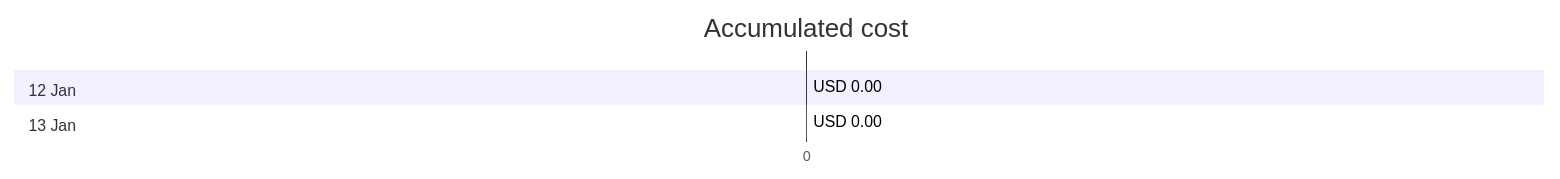
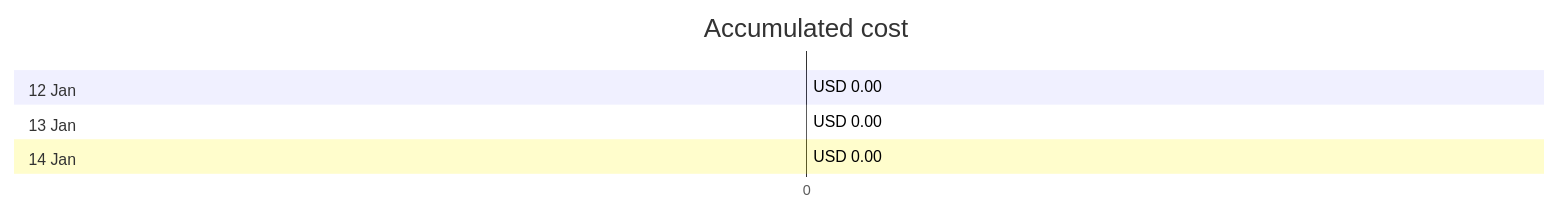
Before and after one commit to jpfulton/azure-personal-reports: the first of 4 diagrams in cost-reports/azureapp-auto-alerts-873533-jpatrick_fulton_gmail_com/README.md, drawn with Mermaid. The commit also changed other lines of this file and 1 other file, not shown here.

````diff
--- a/cost-reports/azureapp-auto-alerts-873533-jpatrick_fulton_gmail_com/README.md
+++ b/cost-reports/azureapp-auto-alerts-873533-jpatrick_fulton_gmail_com/README.md
@@ -20,10 +20,12 @@
 ```mermaid
 gantt
    title Accumulated cost
    dateFormat  X
    axisFormat %s
    section 12 Jan
    USD 0.00 :0, 0
    section 13 Jan
    USD 0.00 :0, 0
+   section 14 Jan
+   USD 0.00 :0, 0
 ```
````
